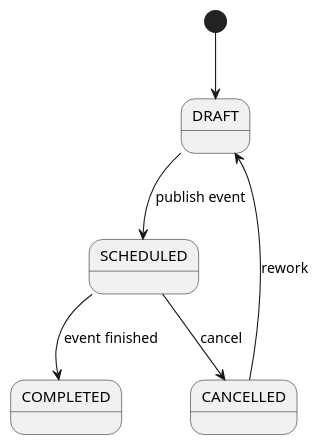
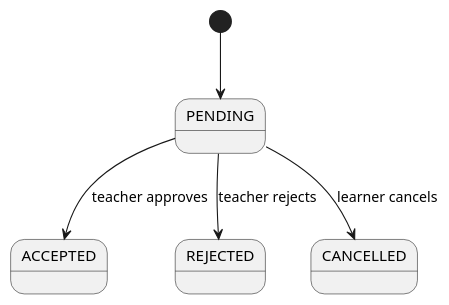
The tenth of 10 diagrams in docs/SOFTWARE_CONCEPTION.md (mohammedJaffal/skool), drawn with PlantUML before and after one commit. The commit also changed other lines of this file and 2 other files, not shown here.

Commit message:
Align software conception with UML reference PDF

````diff
--- a/docs/SOFTWARE_CONCEPTION.md
+++ b/docs/SOFTWARE_CONCEPTION.md
@@ -834,9 +1051,8 @@
 ```plantuml
 @startuml
-[*] --> DRAFT
-DRAFT --> SCHEDULED : publish event
-SCHEDULED --> COMPLETED : event finished
-SCHEDULED --> CANCELLED : cancel
-CANCELLED --> DRAFT : rework
+[*] --> PENDING
+PENDING --> ACCEPTED : teacher approves
+PENDING --> REJECTED : teacher rejects
+PENDING --> CANCELLED : learner cancels
 @enduml
 ```
````
